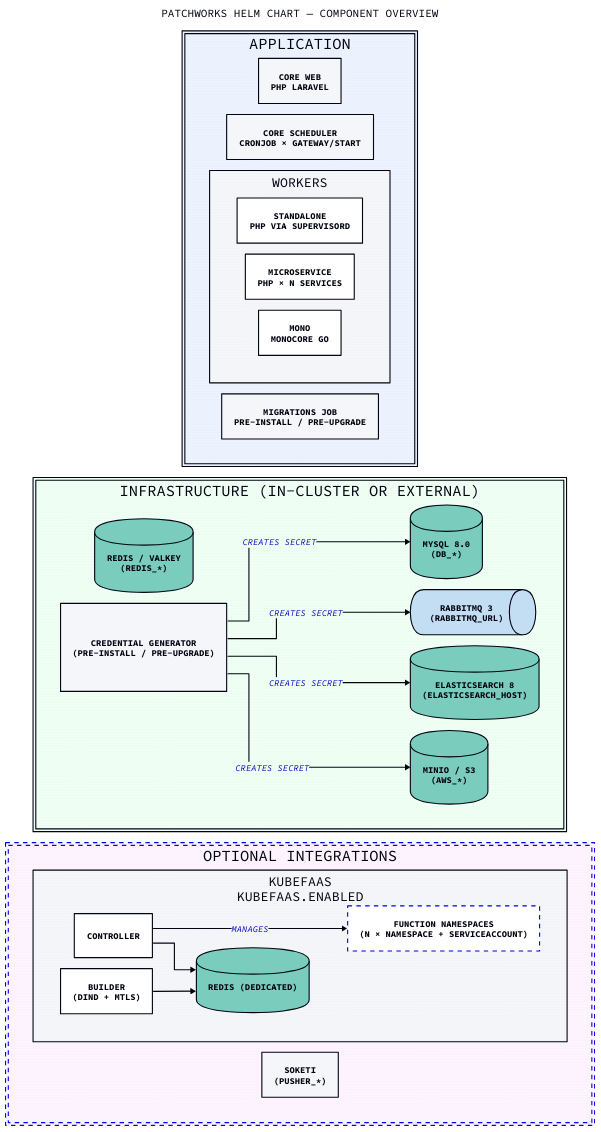
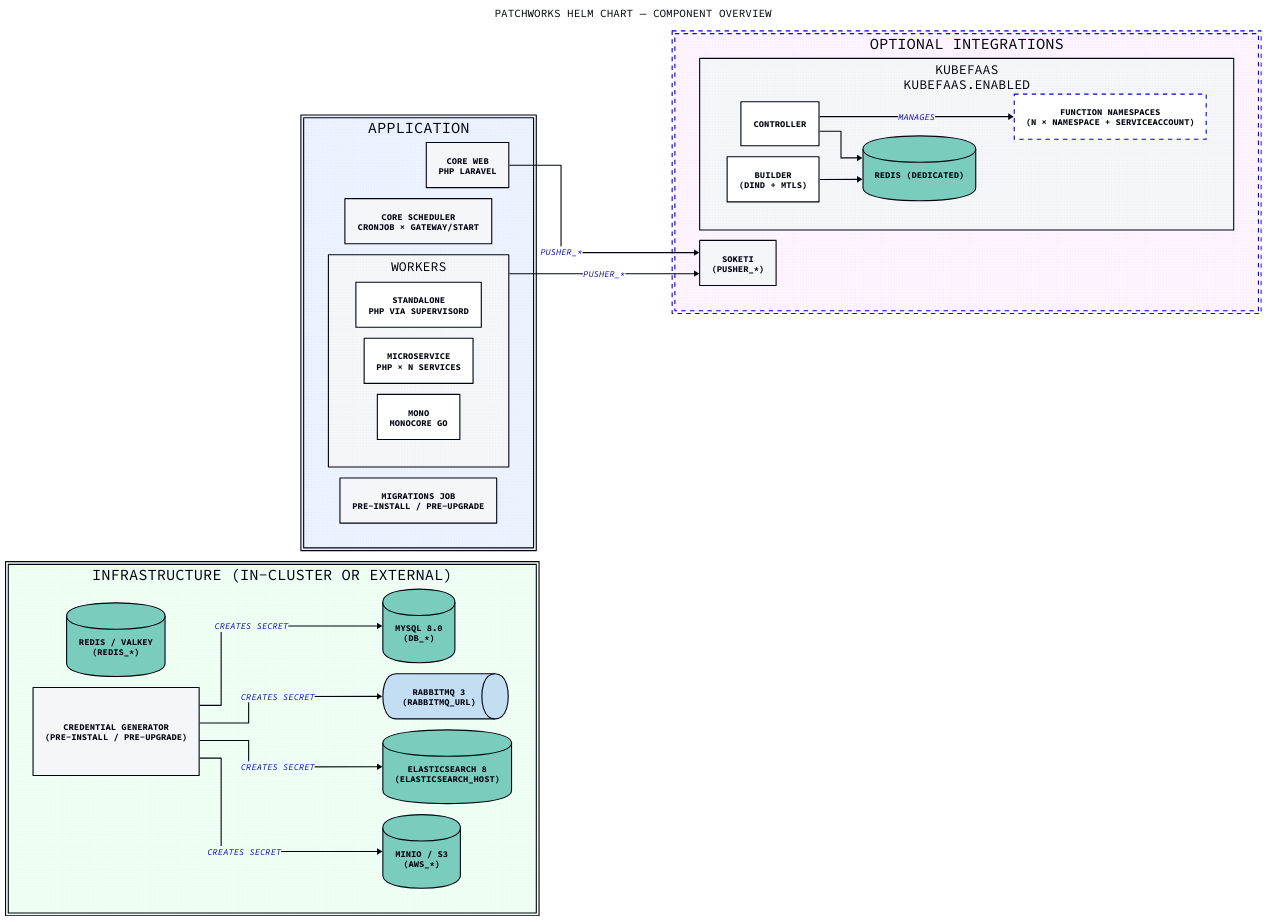
Before and after one commit to gopatchworks/selfhosted: the diagram in docs/chart-overview.d2, drawn with D2. The commit also changed 11 other files, not shown here.

```diff
--- a/docs/chart-overview.d2
+++ b/docs/chart-overview.d2
@@ -1,66 +1,69 @@
 vars: {
   d2-config: {
     layout-engine: elk
     # Terminal theme code
     theme-id: 300
   }
 }
 
 direction: right
 
 title: "Patchworks Helm Chart — Component Overview" {
   shape: text
   near: top-center
   style.font-size: 20
 }
 
 application: Application {
   style.fill: "#EDF2FF"
 
   web: "Core Web\nPHP Laravel" { shape: rectangle }
   scheduler: "Core Scheduler\nCronJob × gateway/start" { shape: rectangle }
 
   workers: Workers {
     standalone:   "standalone\nPHP via supervisord" { shape: rectangle }
     microservice: "microservice\nPHP × N services"  { shape: rectangle }
     mono:         "mono\nMonocore Go"               { shape: rectangle }
   }
 
   migrations: "Migrations Job\npre-install / pre-upgrade" { shape: rectangle }
 }
 
 infra: "Infrastructure (in-cluster or external)" {
   style.fill: "#F0FFF4"
 
   mysql:         "MySQL 8.0\n(DB_*)"                     { shape: cylinder }
   redis:         "Redis / Valkey\n(REDIS_*)"              { shape: cylinder }
   rabbitmq:      "RabbitMQ 3\n(RABBITMQ_URL)"             { shape: queue    }
   elasticsearch: "Elasticsearch 8\n(ELASTICSEARCH_HOST)"  { shape: cylinder }
   s3:            "MinIO / S3\n(AWS_*)"                    { shape: cylinder }
   credentials:   "Credential Generator\n(pre-install / pre-upgrade)" { shape: rectangle }
 
   credentials -> mysql: creates Secret
   credentials -> rabbitmq: creates Secret
   credentials -> elasticsearch: creates Secret
   credentials -> s3: creates Secret
 }
 
 optional: "Optional Integrations" {
   style.fill: "#FDF4FF"
   style.stroke-dash: 4
 
   kubefaas: "KubeFaaS\nkubefaas.enabled" {
     controller: Controller { shape: rectangle }
     builder:    "Builder\n(dind + mTLS)"   { shape: rectangle }
     kfredis:    "Redis (dedicated)"        { shape: cylinder }
     functions:  "Function Namespaces\n(N × Namespace + ServiceAccount)" {
       shape: rectangle
       style.stroke-dash: 4
     }
     controller -> kfredis
     builder    -> kfredis
     controller -> functions: manages
   }
 
   soketi: "Soketi\n(PUSHER_*)" { shape: rectangle }
 }
+
+application.web -> optional.soketi: PUSHER_*
+application.workers -> optional.soketi: PUSHER_*
```
